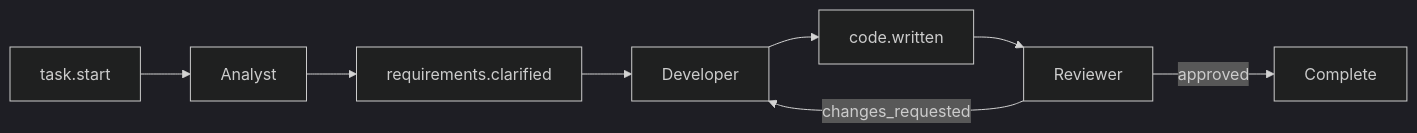
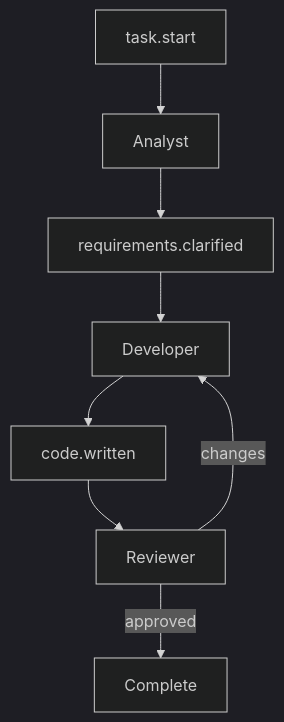
One commit to TheBushidoCollective/han changed the diagram in website/content/papers/ai-dlc-2026/runbooks/construction/autonomous-bolt.md. Above: the diagram before and after it, drawn with Mermaid (dark theme). The commit also changed 21 other files, not shown here.

First line of the commit message:
fix(website): convert all AI-DLC runbook Mermaid diagrams to TB layout

````diff
--- a/website/content/papers/ai-dlc-2026/runbooks/construction/autonomous-bolt.md
+++ b/website/content/papers/ai-dlc-2026/runbooks/construction/autonomous-bolt.md
@@ -386,10 +386,11 @@
 ```mermaid
-flowchart LR
-    E1["task.start"] --> H1["Analyst"]
+flowchart TB
+    E1["task.start"]
+    E1 --> H1["Analyst"]
     H1 --> E2["requirements.clarified"]
     E2 --> H2["Developer"]
     H2 --> E3["code.written"]
     E3 --> H3["Reviewer"]
     H3 -->|"approved"| Complete
-    H3 -->|"changes_requested"| H2
+    H3 -->|"changes"| H2
 ```
````
